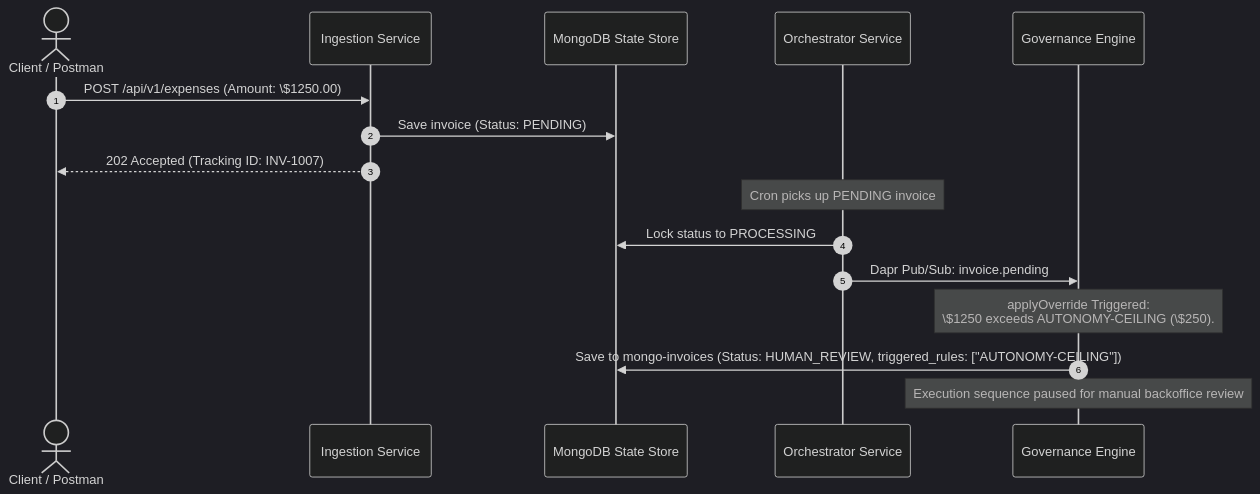
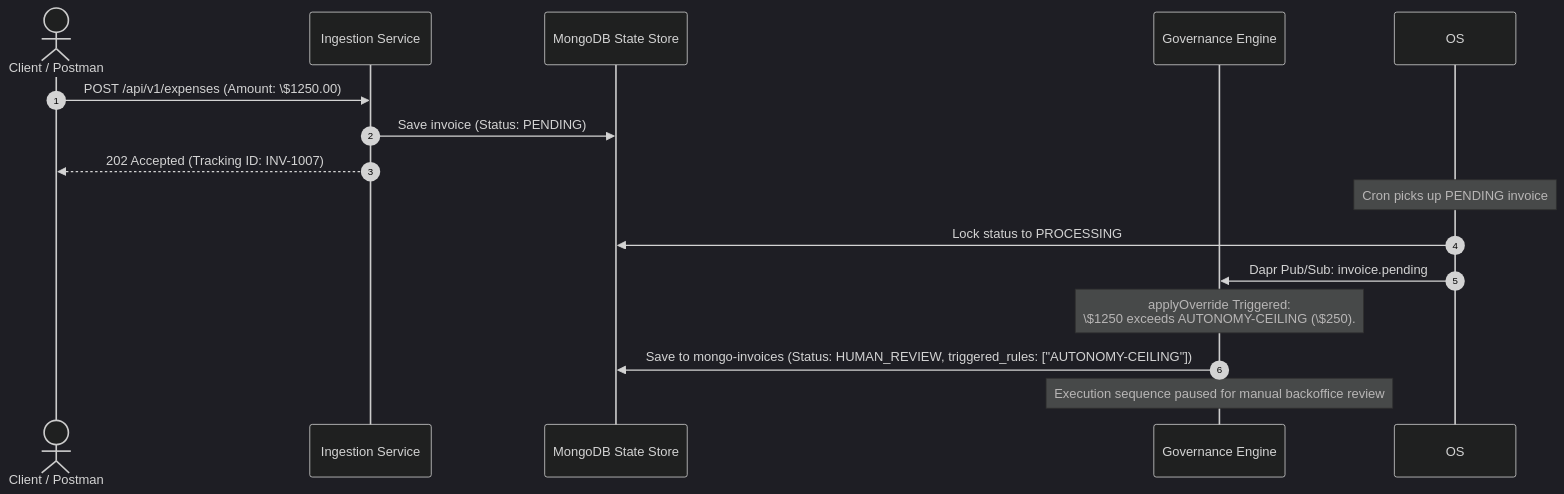
The third of 4 diagrams in docs/ARCHITECTURE.md (roman-shneer/InvoiceApprovalFlow), drawn with Mermaid (dark theme) before and after one commit. The commit also changed other lines of this file and 10 other files, not shown here.

````diff
--- a/docs/ARCHITECTURE.md
+++ b/docs/ARCHITECTURE.md
@@ -125,21 +120,20 @@
 ```mermaid
 sequenceDiagram
     autonumber
     actor Client as Client / Postman
     participant IS as Ingestion Service
-    participant DB as MongoDB State Store
-    participant OS as Orchestrator Service
+    participant DB as MongoDB State Store    
     participant GS as Governance Engine
 
     Client->>IS: POST /api/v1/expenses (Amount: \$1250.00)
     IS->>DB: Save invoice (Status: PENDING)
     IS-->>Client: 202 Accepted (Tracking ID: INV-1007)
     
     Note over OS: Cron picks up PENDING invoice
     OS->>DB: Lock status to PROCESSING
     OS->>GS: Dapr Pub/Sub: invoice.pending
     
     Note over GS: applyOverride Triggered:<br/>\$1250 exceeds AUTONOMY-CEILING (\$250).
     GS->>DB: Save to mongo-invoices (Status: HUMAN_REVIEW, triggered_rules: ["AUTONOMY-CEILING"])
     Note over GS: Execution sequence paused for manual backoffice review
 ```
````
